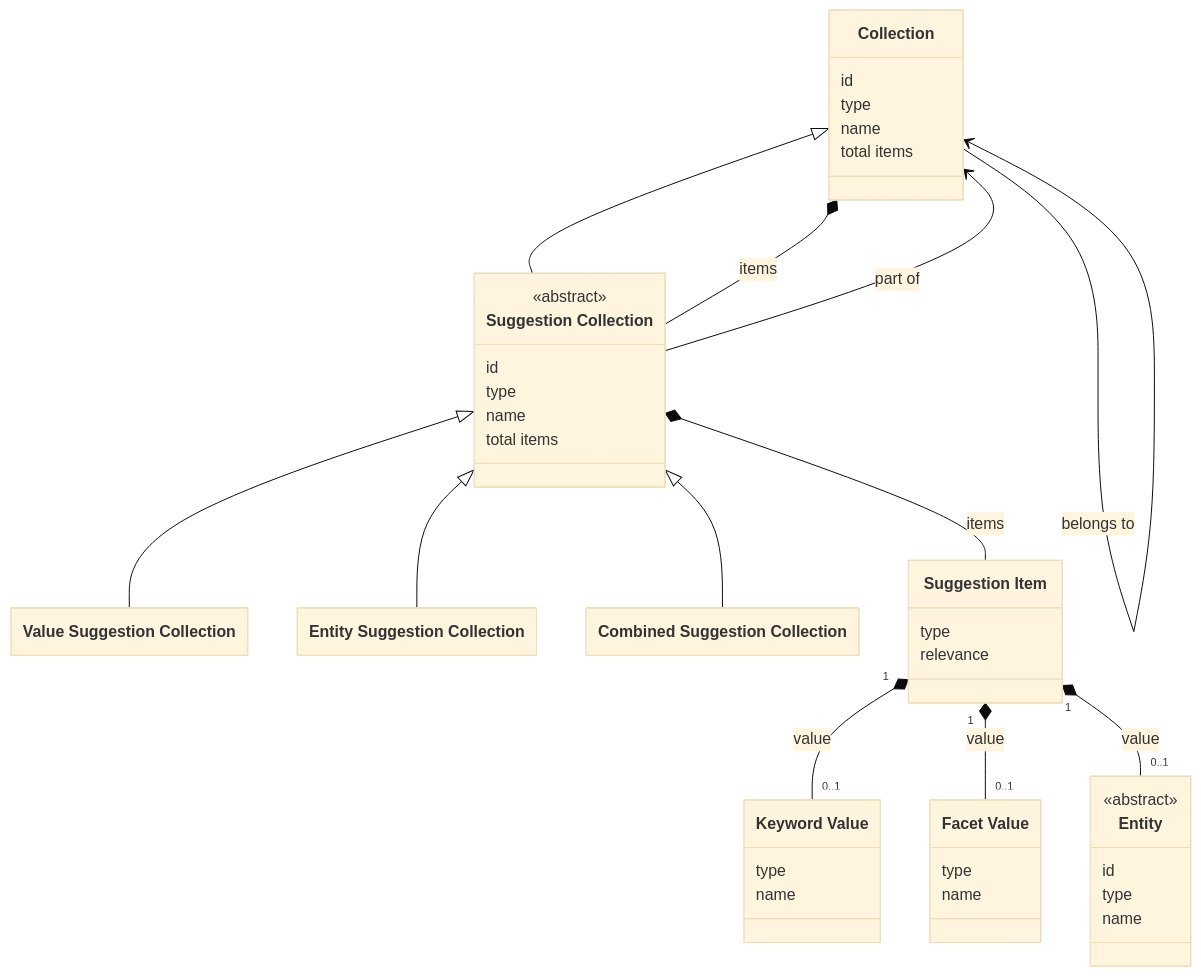
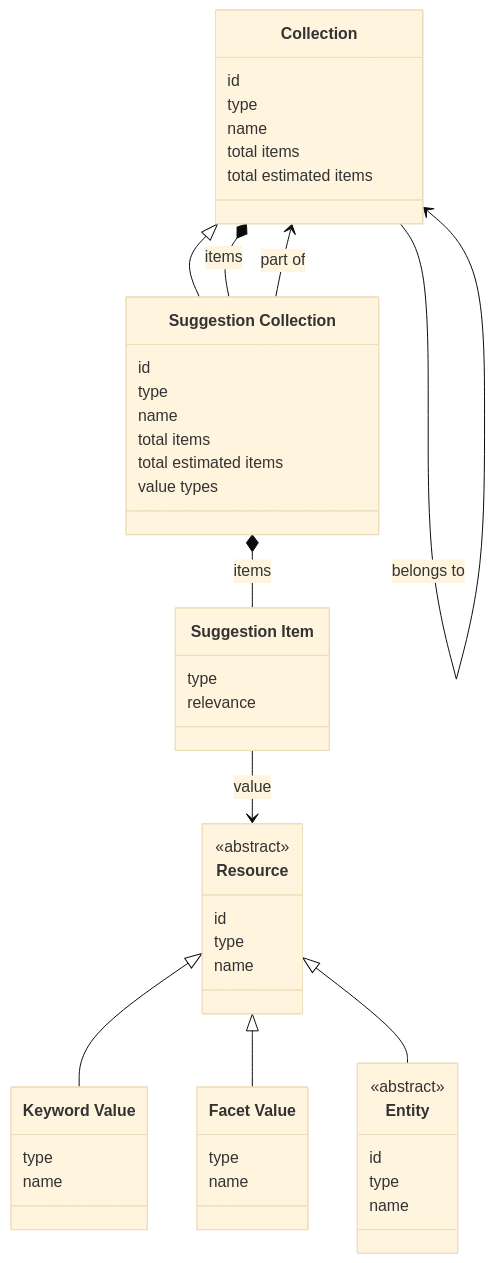
One commit to netwerk-digitaal-erfgoed/netwerk-digitaal-erfgoed.github.io changed the diagram in docs/requirements/data-layer-api/rest/suggestions.md. Above: the diagram before and after it, drawn with Mermaid (base theme). The commit also changed other lines of this file and 6 other files, not shown here.

````diff
--- a/docs/requirements/data-layer-api/rest/suggestions.md
+++ b/docs/requirements/data-layer-api/rest/suggestions.md
@@ -32,62 +30,65 @@
 ```mermaid
 ---
   config:
     class:
       hideEmptyMembersBox: true
 ---
 classDiagram
 
+class Resource["Resource"] {
+  <<abstract>>
+  id
+  type
+  name
+}
+
 class Collection["Collection"] {
   id
   type
   name
   total items
+  total estimated items
 }
 
 class SuggestionCollection["Suggestion Collection"] {
-  <<abstract>>
   id
   type
   name
   total items
+  total estimated items
+  value types
 }
-
-class ValueSuggestionCollection["Value Suggestion Collection"]
-class EntitySuggestionCollection["Entity Suggestion Collection"]
-class CombinedSuggestionCollection["Combined Suggestion Collection"]
 
 class SuggestionItem["Suggestion Item"] {
   type
   relevance
 }
 
 class KeywordValue["Keyword Value"] {
   type
   name
 }
 
 class FacetValue["Facet Value"] {
   type
   name
 }
 
 class Entity {
   <<abstract>>
   id
   type
   name
 }
 
 Collection <|-- SuggestionCollection
+Resource <|-- KeywordValue
+Resource <|-- FacetValue
+Resource <|-- Entity
 Collection --> Collection : suggestions
 Collection --> Collection : belongs to
 Collection *-- SuggestionCollection : items
 SuggestionCollection --> Collection : part of
-SuggestionCollection <|-- ValueSuggestionCollection
-SuggestionCollection <|-- EntitySuggestionCollection
-SuggestionCollection <|-- CombinedSuggestionCollection
 SuggestionCollection *-- SuggestionItem : items
-SuggestionItem "1" *-- "0..1" KeywordValue : value
-SuggestionItem "1" *-- "0..1" FacetValue : value
-SuggestionItem "1" *-- "0..1" Entity  : value
+SuggestionItem --> Resource : value
 ```
````
